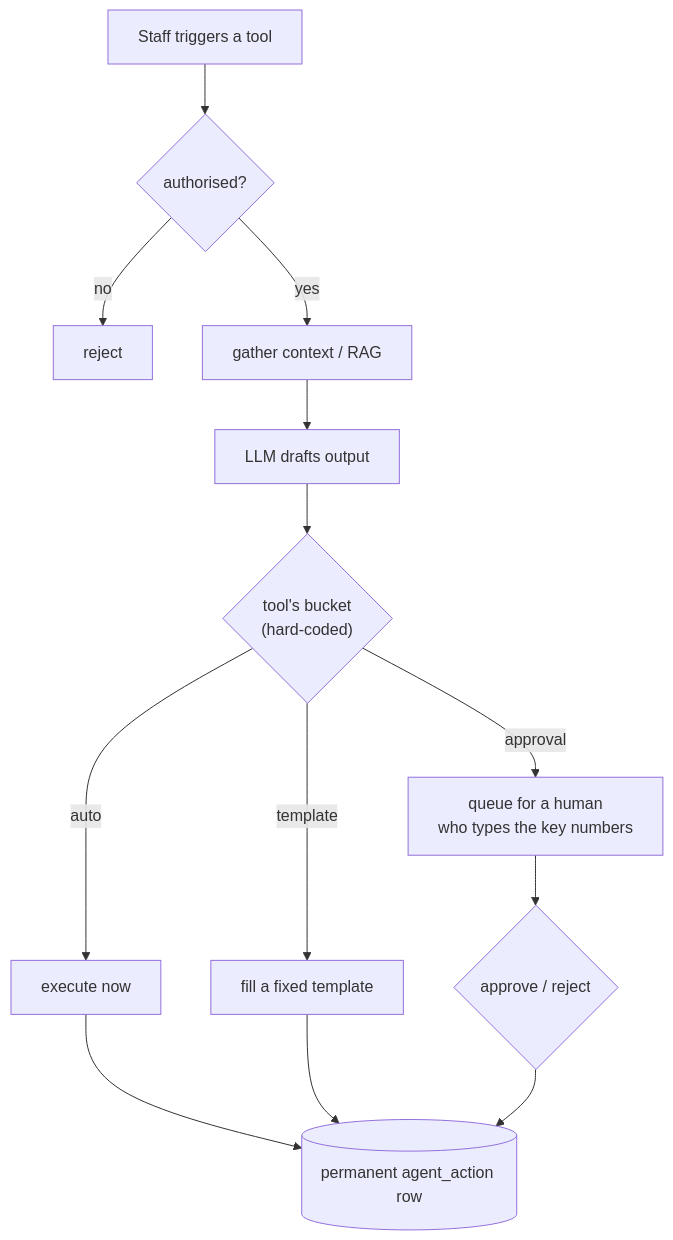
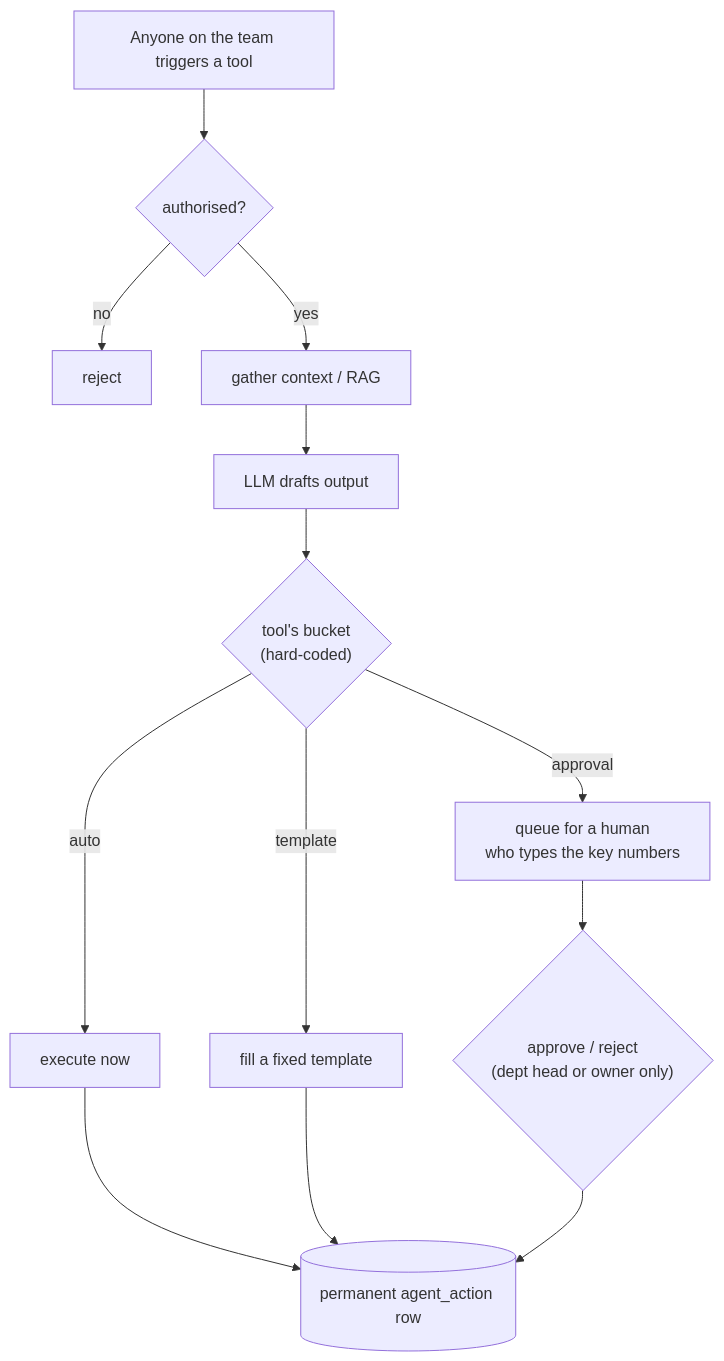
The second of 2 diagrams in README.md (Adityarane012/Handled.ai), drawn with Mermaid before and after one commit. The commit also changed other lines of this file and 1 other file, not shown here.

````diff
--- a/README.md
+++ b/README.md
@@ -98,15 +123,15 @@
 ```mermaid
 flowchart TD
-    S["Staff triggers a tool"] --> AUTH{"authorised?"}
+    S["Anyone on the team triggers a tool"] --> AUTH{"authorised?"}
     AUTH -->|no| X["reject"]
     AUTH -->|yes| RAG["gather context / RAG"]
     RAG --> GEN["LLM drafts output"]
     GEN --> BUCKET{"tool's bucket<br/>(hard-coded)"}
     BUCKET -->|auto| RUN["execute now"]
     BUCKET -->|template| TPL["fill a fixed template"]
     BUCKET -->|approval| Q["queue for a human<br/>who types the key numbers"]
-    Q --> DEC{"approve / reject"}
+    Q --> DEC{"approve / reject<br/>(dept head or owner only)"}
     RUN --> LOG[("permanent agent_action row")]
     TPL --> LOG
     DEC --> LOG
 ```
````
